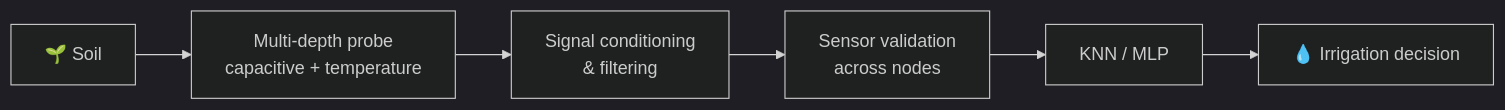
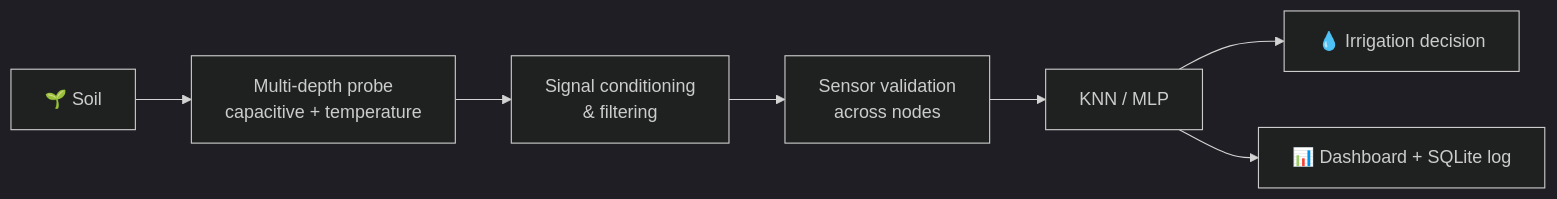
Before and after one commit to ahmedoukali-pixel/ahmedoukali-pixel: the diagram in README.md, drawn with Mermaid (dark theme). The commit also changed other lines of this file, not shown here.

````diff
--- a/README.md
+++ b/README.md
@@ -50,8 +66,9 @@
 ```mermaid
 flowchart LR
     A[🌱 Soil] --> B[Multi-depth probe<br/>capacitive + temperature]
     B --> C[Signal conditioning<br/>& filtering]
     C --> D[Sensor validation<br/>across nodes]
     D --> E[KNN / MLP]
     E --> F[💧 Irrigation decision]
+    E --> G[📊 Dashboard + SQLite log]
 ```
````
